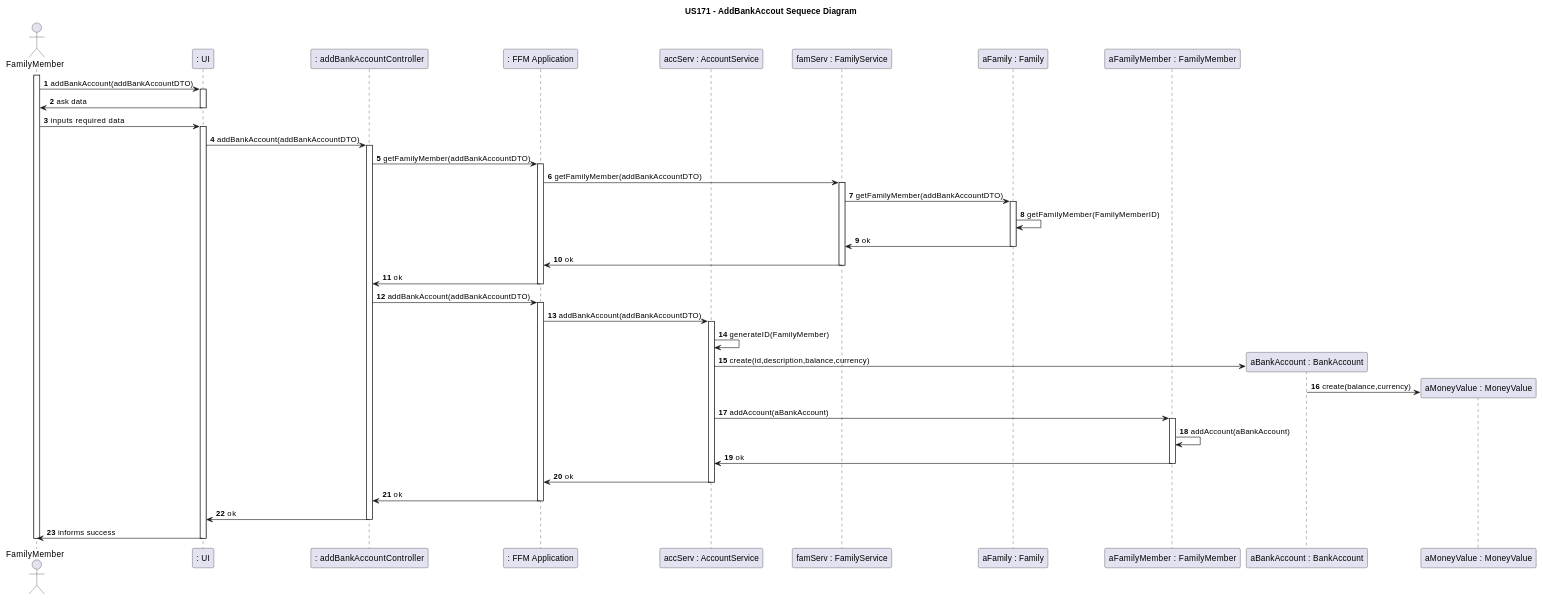
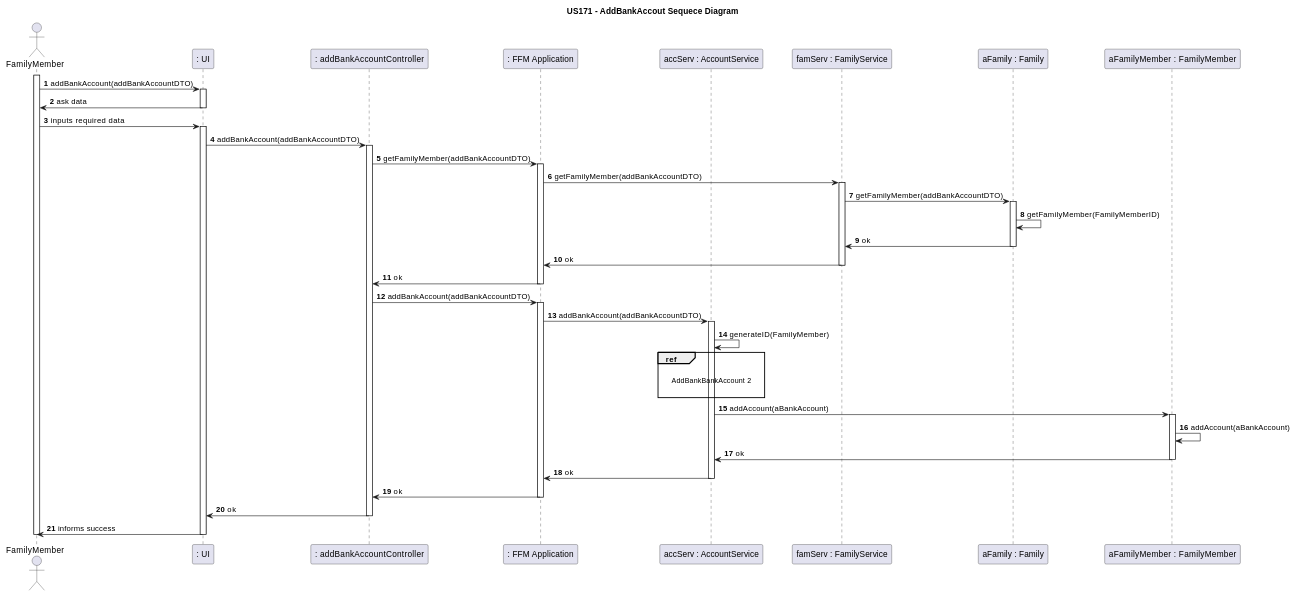
The third of 5 diagrams in docs/sprint2/user_stories/US171_AddBankAccount.md (tomas-osswald/switch_2020_g3), drawn with PlantUML before and after one commit. The commit also changed other lines of this file, not shown here.

`````diff
--- a/docs/sprint2/user_stories/US171_AddBankAccount.md
+++ b/docs/sprint2/user_stories/US171_AddBankAccount.md
@@ -103,66 +102,67 @@
 ````puml
 @startuml
 autonumber
 title US171 - AddBankAccout Sequece Diagram
 
 actor "FamilyMember" as actor
 participant ": UI" as UI
 participant ": addBankAccountController" as controller
 participant ": FFM Application" as app
 participant "accServ : AccountService" as accServ
 participant "famServ : FamilyService" as famService
 participant "aFamily : Family" as family
 participant "aFamilyMember : FamilyMember" as person
-participant "aBankAccount : BankAccount" as bankAcc
-participant "aMoneyValue : MoneyValue" as moneyV
 
 activate actor
 actor -> UI: addBankAccount(addBankAccountDTO)
 activate UI
 UI -> actor: ask data
 deactivate UI
 actor -> UI: inputs required data
 activate UI
 UI -> controller: addBankAccount(addBankAccountDTO)
 activate controller
 controller -> app: getFamilyMember(addBankAccountDTO)
 activate app
 app -> famService: getFamilyMember(addBankAccountDTO)
 activate famService
 famService -> family: getFamilyMember(addBankAccountDTO)
 activate family
 family -> family : getFamilyMember(FamilyMemberID)
 family -> famService: ok
 deactivate family
 famService -> app: ok
 deactivate famService
 app -> controller: ok
 deactivate app
 
 controller -> app: addBankAccount(addBankAccountDTO)
 activate app
 app -> accServ: addBankAccount(addBankAccountDTO)
 activate accServ
 accServ -> accServ : generateID(FamilyMember)
-accServ -> bankAcc **: create(id,description,balance,currency)
-bankAcc -> moneyV **: create(balance,currency)
+ref over accServ
+
+AddBankBankAccount 2
+
+end ref
 
 accServ -> person: addAccount(aBankAccount)
 activate person
 
 person -> person: addAccount(aBankAccount)
 
 person -> accServ: ok
 deactivate person
 accServ -> app: ok
 deactivate accServ
 app -> controller: ok
 deactivate app
 controller -> UI: ok
 deactivate controller
 UI -> actor: informs success
 deactivate UI
 deactivate actor
 
 @enduml
 ````
`````
